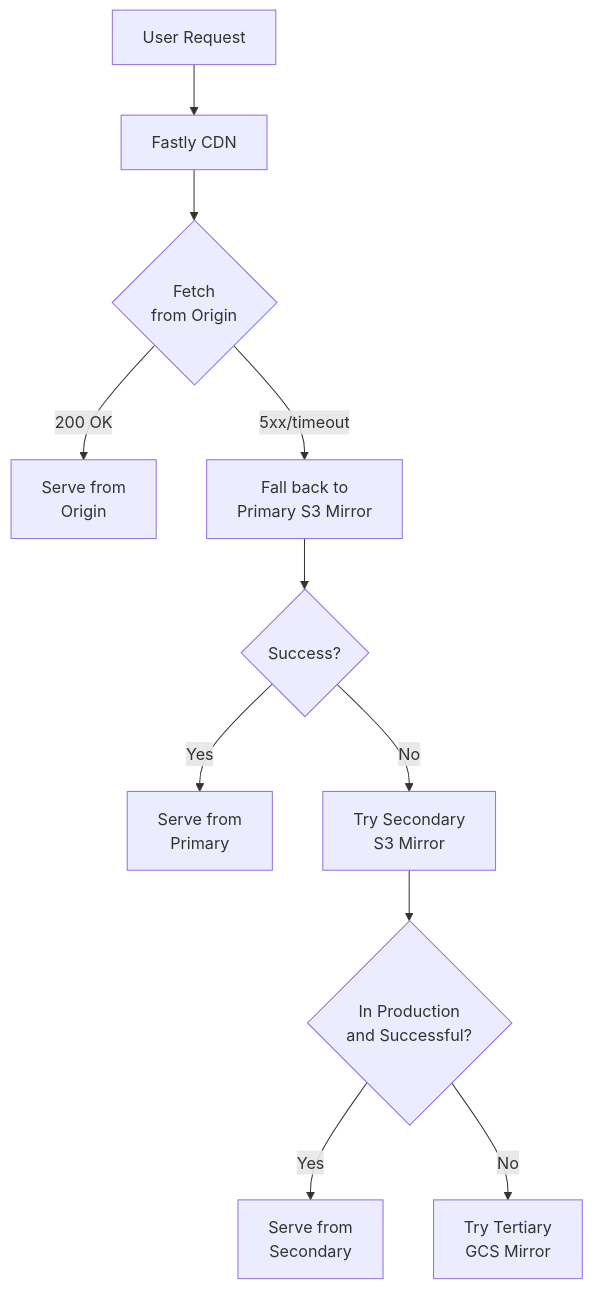
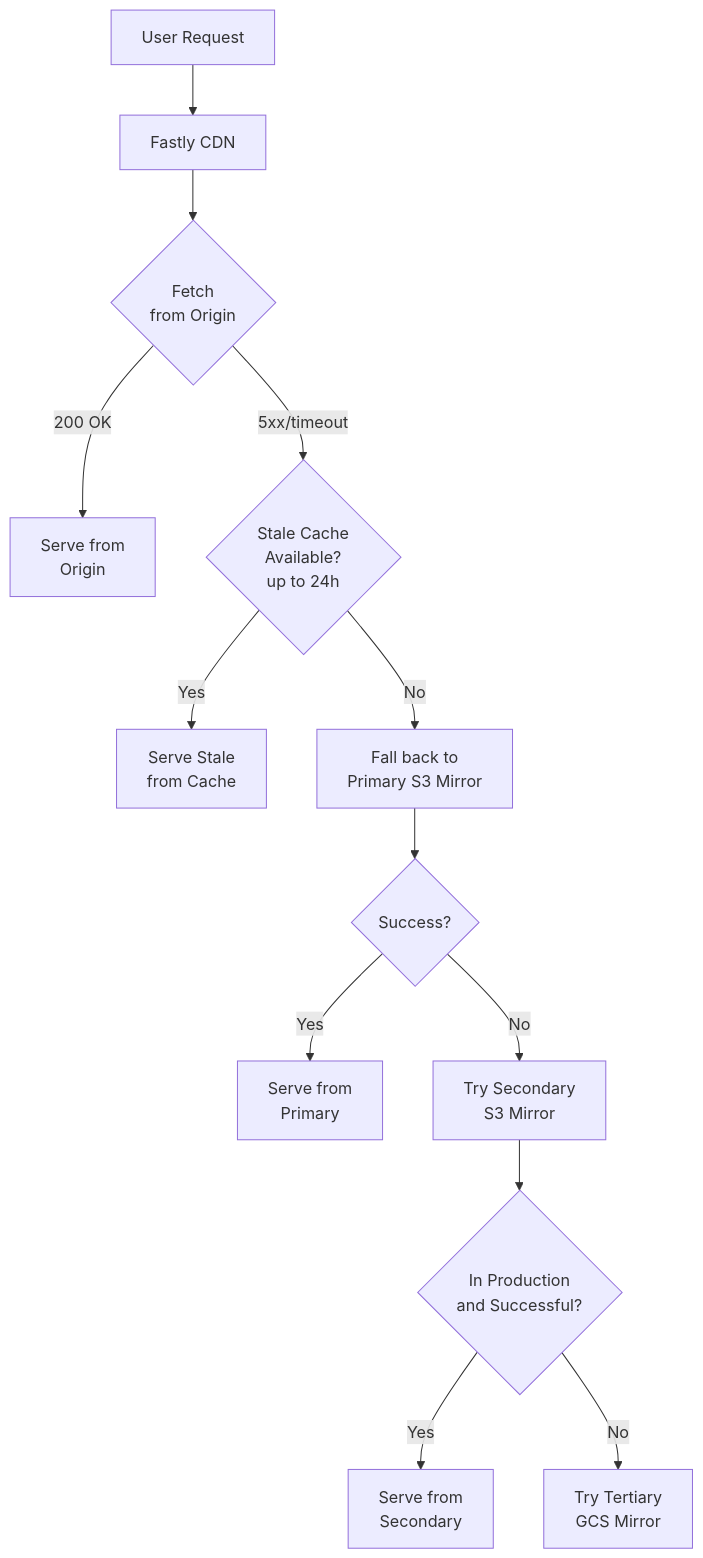
Before and after one commit to alphagov/govuk-developer-docs: the second of 2 diagrams in source/manual/fall-back-to-mirror.html.md, drawn with Mermaid. The commit also changed other lines of this file, not shown here.

Commit message:
Address feedback RE Stale Cache and GCP Access

````diff
--- a/source/manual/fall-back-to-mirror.html.md
+++ b/source/manual/fall-back-to-mirror.html.md
@@ -41,13 +41,15 @@
 ```mermaid
 flowchart TB
     I[User Request] --> J[Fastly CDN]
     J --> K{Fetch<br/>from Origin}
     K -->|"200 OK"| L[Serve from<br/>Origin]
-    K -->|"5xx/timeout"| M[Fall back to <br />Primary S3 Mirror]
+    K -->|"5xx/timeout"| T{Stale Cache<br/>Available?<br/>up to 24h}
+    T -->|Yes| U[Serve Stale<br/>from Cache]
+    T -->|No| M[Fall back to<br/>Primary S3 Mirror]
     M --> N{Success?}
     N -->|Yes| O[Serve from<br/>Primary]
     N -->|No| P[Try Secondary<br/>S3 Mirror]
     P --> Q{In Production<br/>and Successful?}
     Q -->|Yes| R[Serve from<br/>Secondary]
     Q -->|No| S[Try Tertiary<br/>GCS Mirror]
 ```
````
